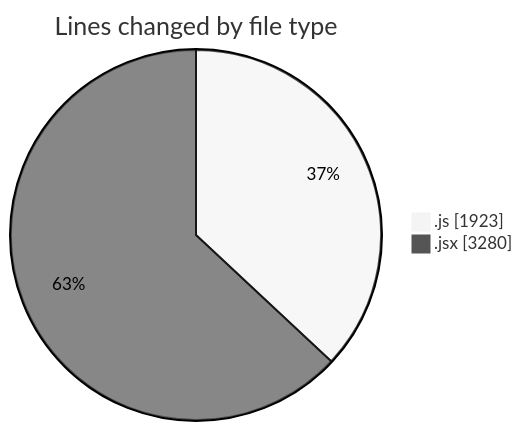
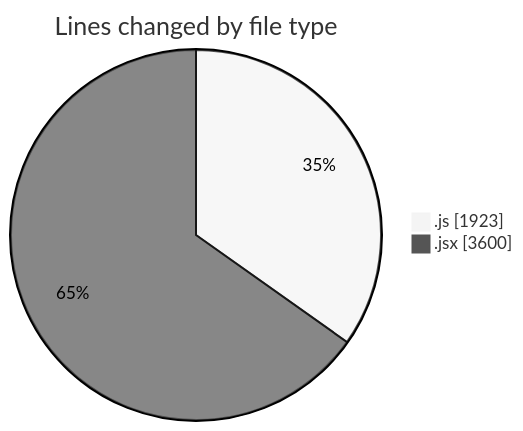
Before and after one commit to nxtqubesakshisongat/code-tracking: the first of 2 diagrams in 2025-09-18/nxtqube_webapp/README.md, drawn with Mermaid (neutral theme). The commit also changed other lines of this file and 1 other file, not shown here.

````diff
--- a/2025-09-18/nxtqube_webapp/README.md
+++ b/2025-09-18/nxtqube_webapp/README.md
@@ -31,6 +32,6 @@
 ```mermaid
 pie showData
 title Lines changed by file type
 ".js" : 1923
-".jsx" : 3280
+".jsx" : 3600
 ```
````
